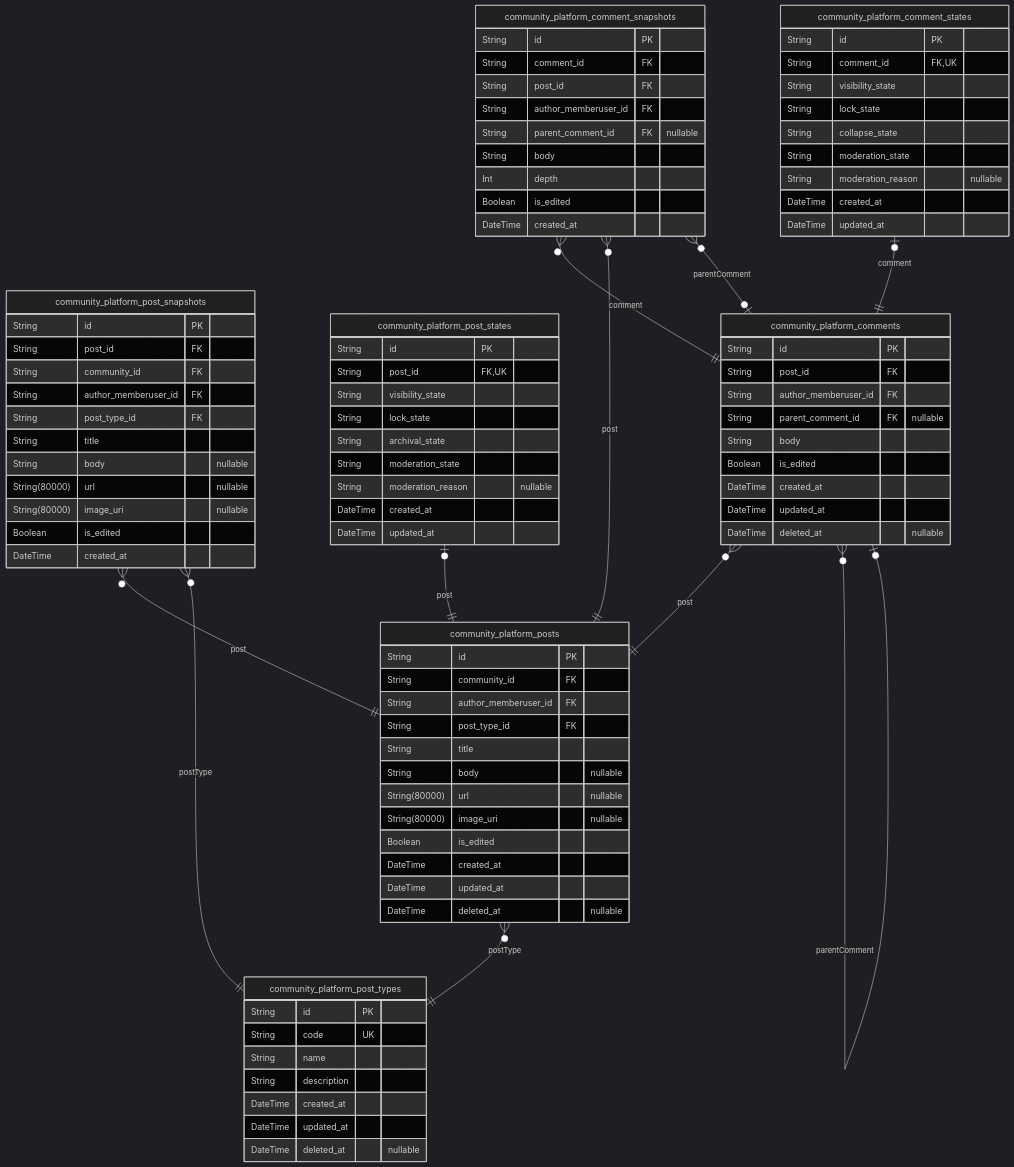
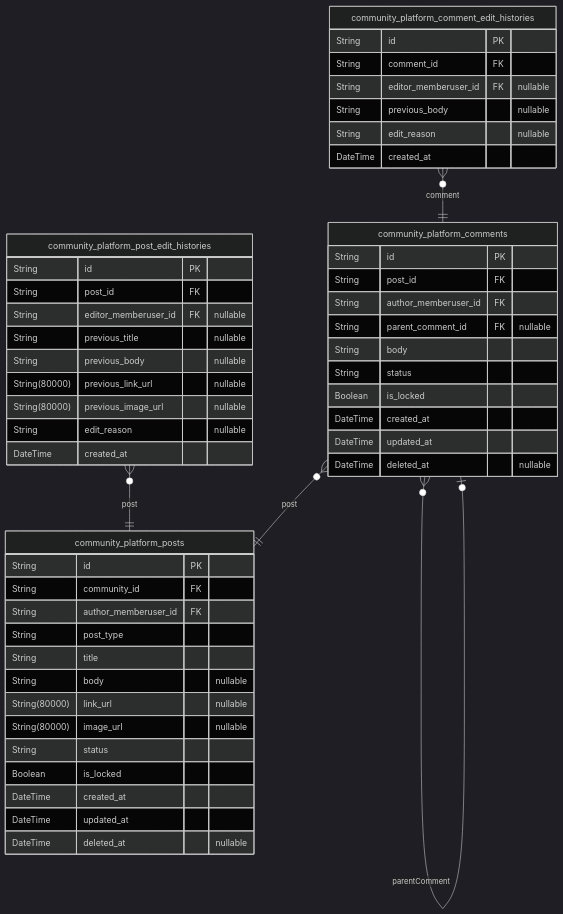
The fourth of 9 diagrams in openai/gpt-5.1/reddit/docs/ERD.md (wrtnlabs/autobe-examples), drawn with Mermaid (dark theme) before and after one commit. The commit also changed other lines of this file and 3761 other files, not shown here.

````diff
--- a/openai/gpt-5.1/reddit/docs/ERD.md
+++ b/openai/gpt-5.1/reddit/docs/ERD.md
@@ -1272,51 +1082,30 @@
 ```mermaid
 erDiagram
-"community_platform_post_types" {
+"community_platform_posts" {
   String id PK
-  String code UK
-  String name
-  String description
+  String community_id FK
+  String author_memberuser_id FK
+  String post_type
+  String title
+  String body "nullable"
+  String(80000) link_url "nullable"
+  String(80000) image_url "nullable"
+  String status
+  Boolean is_locked
   DateTime created_at
   DateTime updated_at
   DateTime deleted_at "nullable"
 }
-"community_platform_posts" {
-  String id PK
-  String community_id FK
-  String author_memberuser_id FK
-  String post_type_id FK
-  String title
-  String body "nullable"
-  String(80000) url "nullable"
-  String(80000) image_uri "nullable"
-  Boolean is_edited
-  DateTime created_at
-  DateTime updated_at
-  DateTime deleted_at "nullable"
-}
-"community_platform_post_snapshots" {
+"community_platform_post_edit_histories" {
   String id PK
   String post_id FK
-  String community_id FK
-  String author_memberuser_id FK
-  String post_type_id FK
-  String title
-  String body "nullable"
-  String(80000) url "nullable"
-  String(80000) image_uri "nullable"
-  Boolean is_edited
+  String editor_memberuser_id FK "nullable"
+  String previous_title "nullable"
+  String previous_body "nullable"
+  String(80000) previous_link_url "nullable"
+  String(80000) previous_image_url "nullable"
+  String edit_reason "nullable"
   DateTime created_at
-}
-"community_platform_post_states" {
-  String id PK
-  String post_id FK,UK
-  String visibility_state
-  String lock_state
-  String archival_state
-  String moderation_state
-  String moderation_reason "nullable"
-  DateTime created_at
-  DateTime updated_at
 }
 "community_platform_comments" {
   String id PK
@@ -1324,41 +1113,22 @@
   String author_memberuser_id FK
   String parent_comment_id FK "nullable"
   String body
-  Boolean is_edited
+  String status
+  Boolean is_locked
   DateTime created_at
   DateTime updated_at
   DateTime deleted_at "nullable"
 }
-"community_platform_comment_snapshots" {
+"community_platform_comment_edit_histories" {
   String id PK
   String comment_id FK
-  String post_id FK
-  String author_memberuser_id FK
-  String parent_comment_id FK "nullable"
-  String body
-  Int depth
-  Boolean is_edited
+  String editor_memberuser_id FK "nullable"
+  String previous_body "nullable"
+  String edit_reason "nullable"
   DateTime created_at
 }
-"community_platform_comment_states" {
-  String id PK
-  String comment_id FK,UK
-  String visibility_state
-  String lock_state
-  String collapse_state
-  String moderation_state
-  String moderation_reason "nullable"
-  DateTime created_at
-  DateTime updated_at
-}
-"community_platform_posts" }o--|| "community_platform_post_types" : postType
-"community_platform_post_snapshots" }o--|| "community_platform_posts" : post
-"community_platform_post_snapshots" }o--|| "community_platform_post_types" : postType
-"community_platform_post_states" |o--|| "community_platform_posts" : post
+"community_platform_post_edit_histories" }o--|| "community_platform_posts" : post
 "community_platform_comments" }o--|| "community_platform_posts" : post
 "community_platform_comments" }o--o| "community_platform_comments" : parentComment
-"community_platform_comment_snapshots" }o--|| "community_platform_comments" : comment
-"community_platform_comment_snapshots" }o--|| "community_platform_posts" : post
-"community_platform_comment_snapshots" }o--o| "community_platform_comments" : parentComment
-"community_platform_comment_states" |o--|| "community_platform_comments" : comment
+"community_platform_comment_edit_histories" }o--|| "community_platform_comments" : comment
 ```
````
